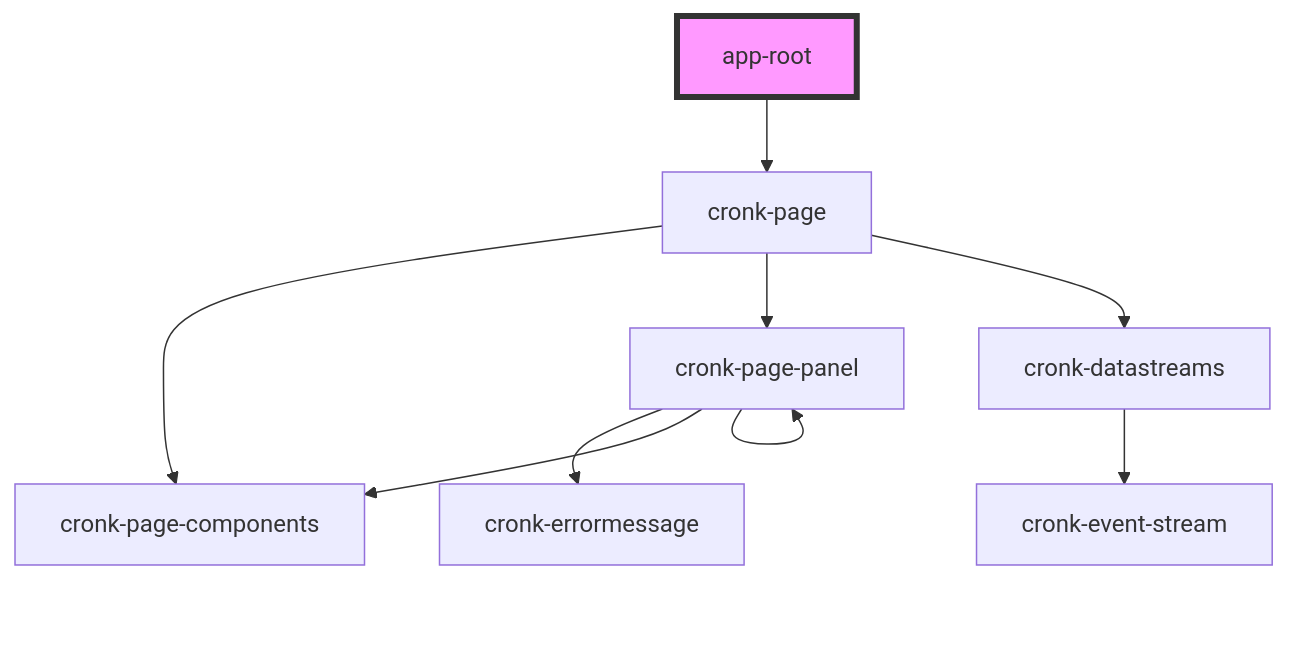
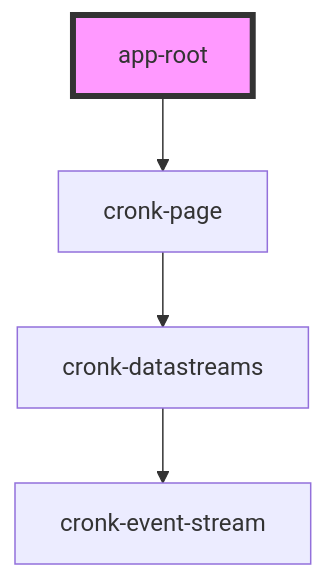
Before and after one commit to nanoporetech/cronkite: the diagram in src/views/app-root/readme.md, drawn with Mermaid. The commit also changed 47 other files, not shown here.

````diff
--- a/src/views/app-root/readme.md
+++ b/src/views/app-root/readme.md
@@ -22,12 +22,7 @@
 ```mermaid
 graph TD;
   app-root --> cronk-page
-  cronk-page --> cronk-page-components
-  cronk-page --> cronk-page-panel
   cronk-page --> cronk-datastreams
-  cronk-page-panel --> cronk-errormessage
-  cronk-page-panel --> cronk-page-components
-  cronk-page-panel --> cronk-page-panel
   cronk-datastreams --> cronk-event-stream
   style app-root fill:#f9f,stroke:#333,stroke-width:4px
 ```
````
